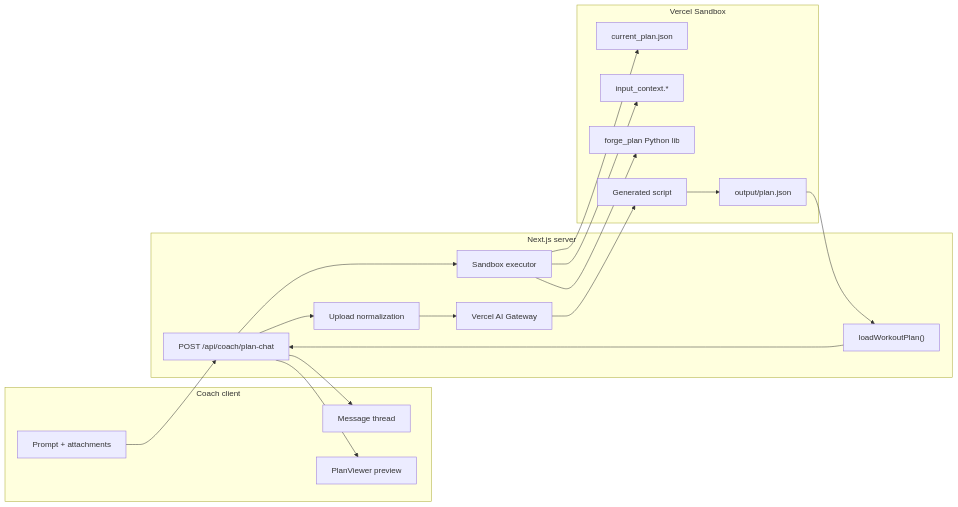
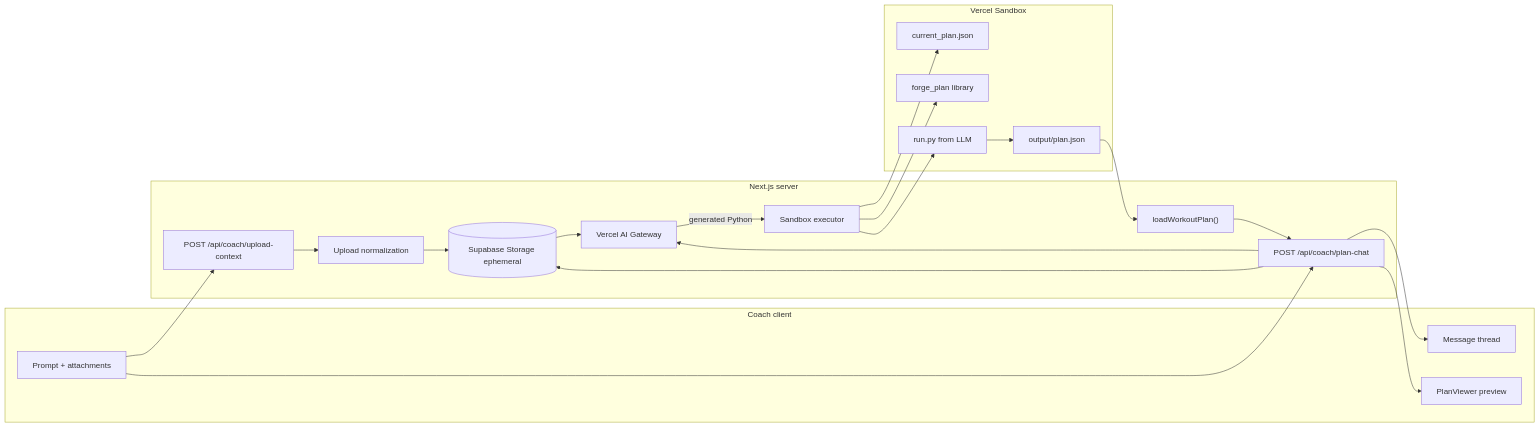
One commit to turnsy/forge2 changed the diagram in docs/plan-generation/overview.md. Above: the diagram before and after it, drawn with Mermaid. The commit also changed other lines of this file and 7 other files, not shown here.

````diff
--- a/docs/plan-generation/overview.md
+++ b/docs/plan-generation/overview.md
@@ -7,38 +7,42 @@
 ```mermaid
 flowchart LR
   subgraph client [Coach client]
     Composer[Prompt + attachments]
     Thread[Message thread]
     Preview[PlanViewer preview]
   end
 
   subgraph server [Next.js server]
     API["POST /api/coach/plan-chat"]
+    UploadAPI["POST /api/coach/upload-context"]
+    Storage[(Supabase Storage ephemeral)]
     Normalize[Upload normalization]
     Gateway[Vercel AI Gateway]
     SandboxRunner[Sandbox executor]
     Validate["loadWorkoutPlan()"]
   end
 
   subgraph sandbox [Vercel Sandbox]
     Seed[current_plan.json]
-    Context[input_context.*]
-    Builder[forge_plan Python lib]
-    Script[Generated script]
+    Builder[forge_plan library]
+    Script[run.py from LLM]
     Out[output/plan.json]
   end
 
+  Composer --> UploadAPI
+  UploadAPI --> Normalize
+  Normalize --> Storage
   Composer --> API
-  API --> Normalize
-  Normalize --> Gateway
-  API --> SandboxRunner
+  API --> Storage
+  Storage --> Gateway
+  API --> Gateway
+  Gateway -->|generated Python| SandboxRunner
   SandboxRunner --> Seed
-  SandboxRunner --> Context
   SandboxRunner --> Builder
-  Gateway --> Script
+  SandboxRunner --> Script
   Script --> Out
   Out --> Validate
   Validate --> API
   API --> Thread
   API --> Preview
 ```
````
